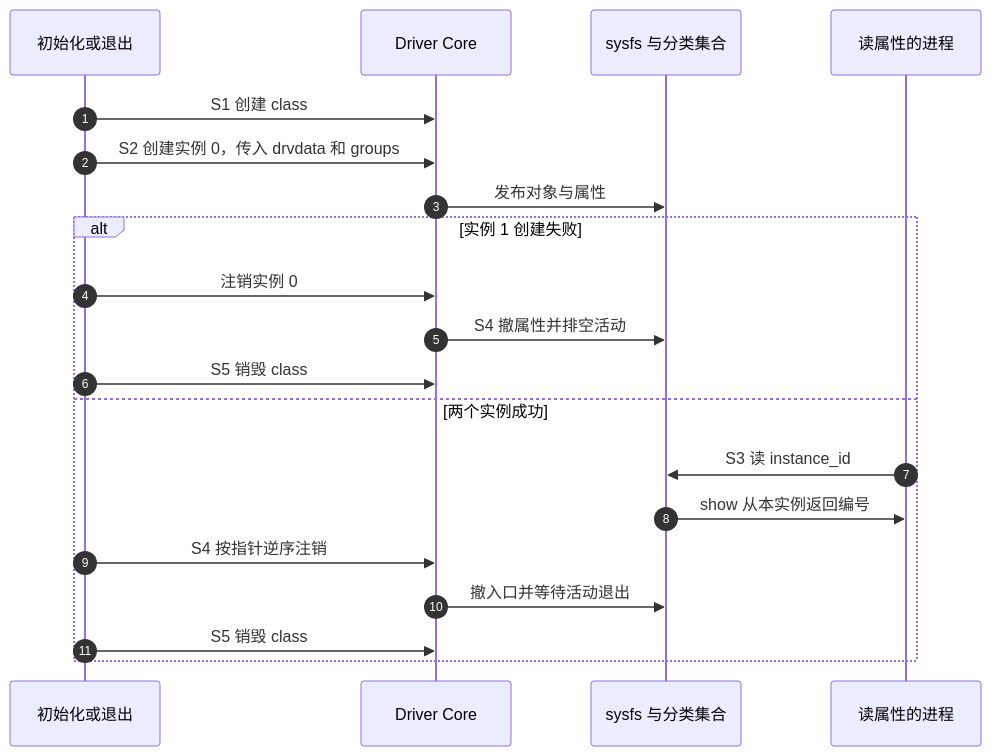
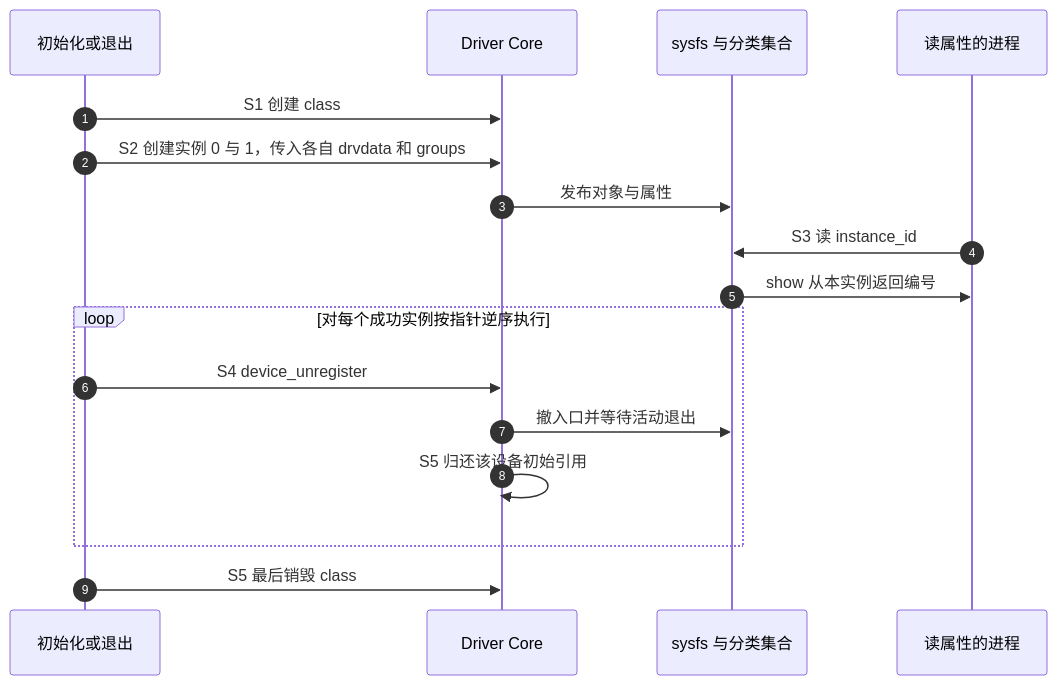
The second of 2 diagrams in knowledge/linux/device_model/class_sysfs/P01_两个没有设备节点的分类实例.md (FormingSystem/linux_note), drawn with Mermaid before and after one commit. The commit also changed other lines of this file and 9 other files, not shown here.

````diff
--- a/knowledge/linux/device_model/class_sysfs/P01_两个没有设备节点的分类实例.md
+++ b/knowledge/linux/device_model/class_sysfs/P01_两个没有设备节点的分类实例.md
@@ -160,22 +185,19 @@
 ```mermaid
 sequenceDiagram
     autonumber
     participant init as 初始化或退出
     participant core as Driver Core
     participant tree as sysfs 与分类集合
     participant reader as 读属性的进程
     init->>core: S1 创建 class
-    init->>core: S2 创建实例 0，传入 drvdata 和 groups
+    init->>core: S2 创建实例 0 与 1，传入各自 drvdata 和 groups
     core->>tree: 发布对象与属性
-    alt 实例 1 创建失败
-        init->>core: 注销实例 0
-        core->>tree: S4 撤属性并排空活动
-        init->>core: S5 销毁 class
-    else 两个实例成功
-        reader->>tree: S3 读 instance_id
-        tree->>reader: show 从本实例返回编号
-        init->>core: S4 按指针逆序注销
+    reader->>tree: S3 读 instance_id
+    tree->>reader: show 从本实例返回编号
+    loop 对每个成功实例按指针逆序执行
+        init->>core: S4 device_unregister
         core->>tree: 撤入口并等待活动退出
-        init->>core: S5 销毁 class
+        core->>core: S5 归还该设备初始引用
     end
+    init->>core: S5 最后销毁 class
 ```
````
